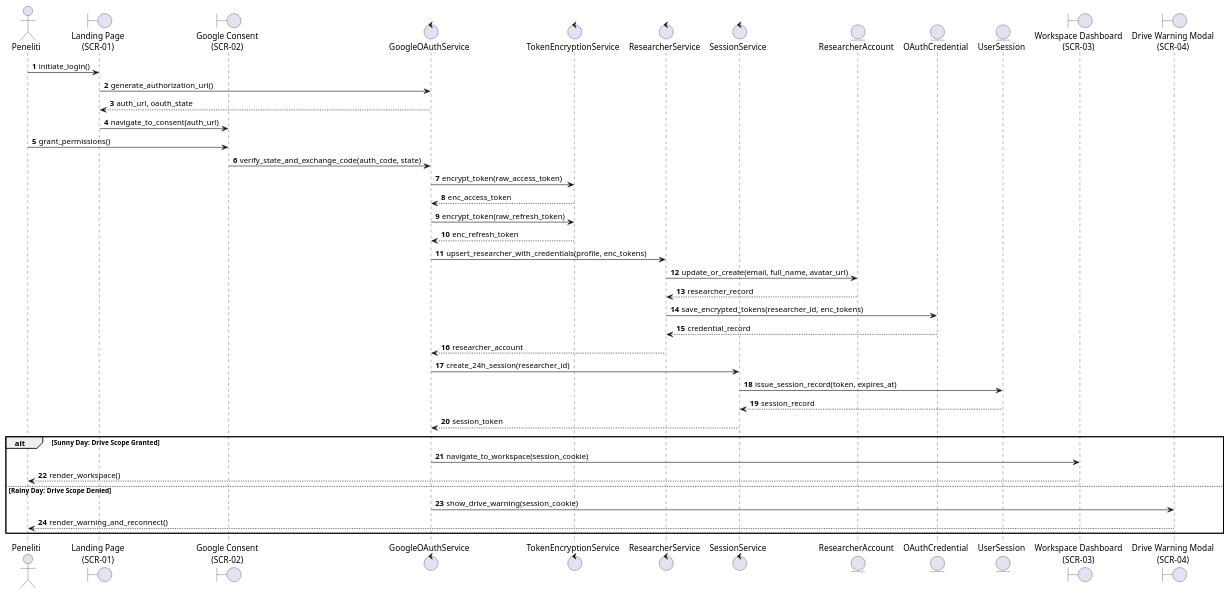
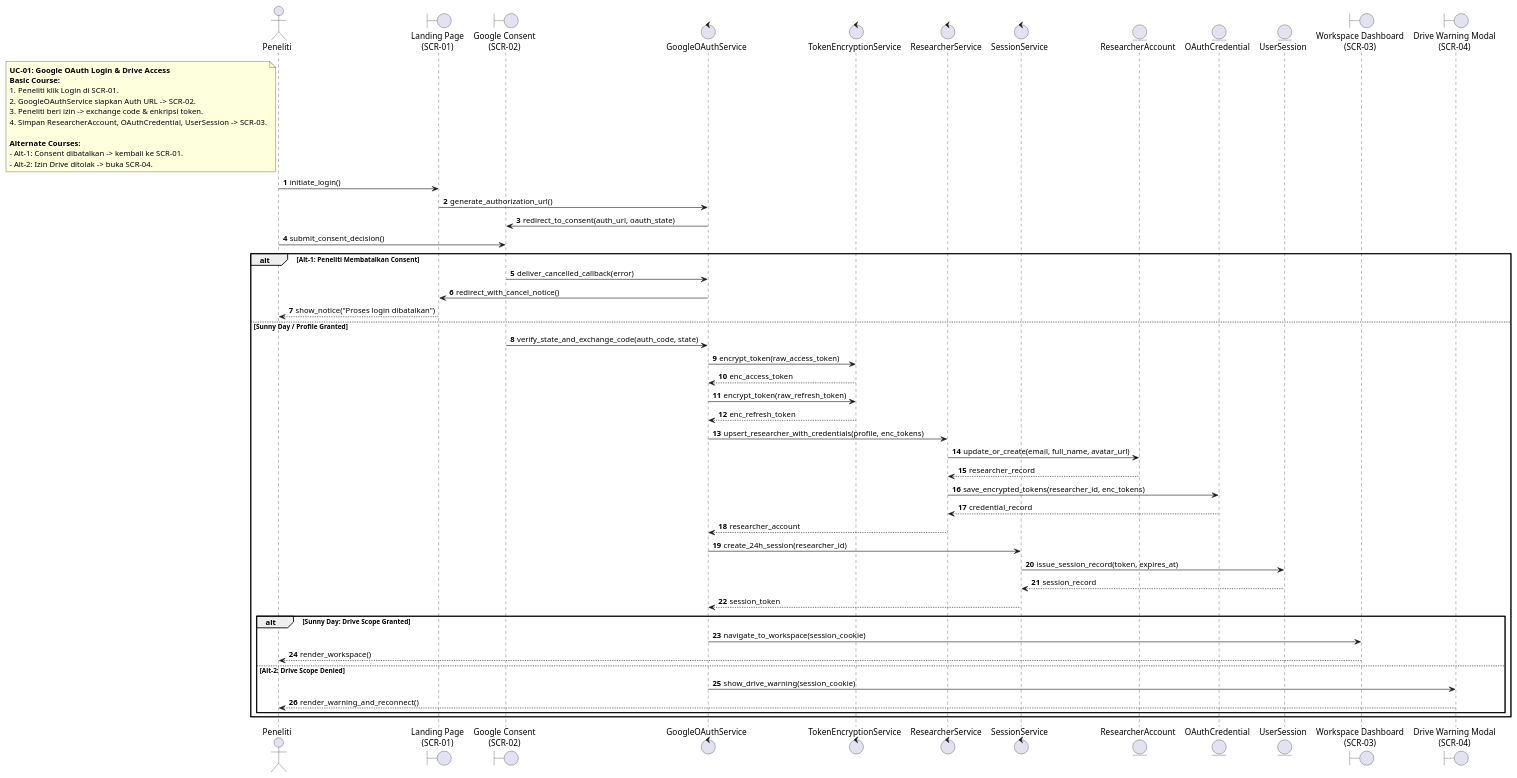
Before and after one commit to Gzaa19/Telaah: the fourth of 6 diagrams in specs/001-google-oauth-login/plan.md, drawn with PlantUML. The commit also changed other lines of this file and 11 other files, not shown here.

Commit message:
docs(iconix): align constitution, preset templates, and specs 001-004 diagrams

````diff
--- a/specs/001-google-oauth-login/plan.md
+++ b/specs/001-google-oauth-login/plan.md
@@ -314,52 +229,73 @@
 ```plantuml
 @startuml
+autoactivate off
 autonumber
+skinparam shadowing false
 skinparam responseMessageBelowArrow true
 
 actor "Peneliti" as Peneliti
 boundary "Landing Page\n(SCR-01)" as LandingUI
 boundary "Google Consent\n(SCR-02)" as GoogleConsent
 control "GoogleOAuthService" as OAuthSvc
 control "TokenEncryptionService" as CryptoSvc
 control "ResearcherService" as ResSvc
 control "SessionService" as SessSvc
 entity "ResearcherAccount" as Researcher
 entity "OAuthCredential" as Credential
 entity "UserSession" as Session
 boundary "Workspace Dashboard\n(SCR-03)" as DashboardUI
 boundary "Drive Warning Modal\n(SCR-04)" as WarningUI
 
+note left of Peneliti
+  <b>UC-01: Google OAuth Login & Drive Access</b>
+  <b>Basic Course:</b>
+  1. Peneliti klik Login di SCR-01.
+  2. GoogleOAuthService siapkan Auth URL -> SCR-02.
+  3. Peneliti beri izin -> exchange code & enkripsi token.
+  4. Simpan ResearcherAccount, OAuthCredential, UserSession -> SCR-03.
+
+  <b>Alternate Courses:</b>
+  - Alt-1: Consent dibatalkan -> kembali ke SCR-01.
+  - Alt-2: Izin Drive ditolak -> buka SCR-04.
+end note
+
 Peneliti -> LandingUI : initiate_login()
 LandingUI -> OAuthSvc : generate_authorization_url()
-OAuthSvc --> LandingUI : auth_url, oauth_state
-LandingUI -> GoogleConsent : navigate_to_consent(auth_url)
+OAuthSvc -> GoogleConsent : redirect_to_consent(auth_url, oauth_state)
 
-Peneliti -> GoogleConsent : grant_permissions()
-GoogleConsent -> OAuthSvc : verify_state_and_exchange_code(auth_code, state)
+Peneliti -> GoogleConsent : submit_consent_decision()
 
-OAuthSvc -> CryptoSvc : encrypt_token(raw_access_token)
-CryptoSvc --> OAuthSvc : enc_access_token
-OAuthSvc -> CryptoSvc : encrypt_token(raw_refresh_token)
-CryptoSvc --> OAuthSvc : enc_refresh_token
+alt Alt-1: Peneliti Membatalkan Consent
+    GoogleConsent -> OAuthSvc : deliver_cancelled_callback(error)
+    OAuthSvc -> LandingUI : redirect_with_cancel_notice()
+    LandingUI --> Peneliti : show_notice("Proses login dibatalkan")
+else Sunny Day / Profile Granted
+    GoogleConsent -> OAuthSvc : verify_state_and_exchange_code(auth_code, state)
 
-OAuthSvc -> ResSvc : upsert_researcher_with_credentials(profile, enc_tokens)
-ResSvc -> Researcher : update_or_create(email, full_name, avatar_url)
-Researcher --> ResSvc : researcher_record
-ResSvc -> Credential : save_encrypted_tokens(researcher_id, enc_tokens)
-Credential --> ResSvc : credential_record
-ResSvc --> OAuthSvc : researcher_account
+    OAuthSvc -> CryptoSvc : encrypt_token(raw_access_token)
+    CryptoSvc --> OAuthSvc : enc_access_token
+    OAuthSvc -> CryptoSvc : encrypt_token(raw_refresh_token)
+    CryptoSvc --> OAuthSvc : enc_refresh_token
 
-OAuthSvc -> SessSvc : create_24h_session(researcher_id)
-SessSvc -> Session : issue_session_record(token, expires_at)
-Session --> SessSvc : session_record
-SessSvc --> OAuthSvc : session_token
+    OAuthSvc -> ResSvc : upsert_researcher_with_credentials(profile, enc_tokens)
+    ResSvc -> Researcher : update_or_create(email, full_name, avatar_url)
+    Researcher --> ResSvc : researcher_record
+    ResSvc -> Credential : save_encrypted_tokens(researcher_id, enc_tokens)
+    Credential --> ResSvc : credential_record
+    ResSvc --> OAuthSvc : researcher_account
 
-alt Sunny Day: Drive Scope Granted
-    OAuthSvc -> DashboardUI : navigate_to_workspace(session_cookie)
-    DashboardUI --> Peneliti : render_workspace()
-else Rainy Day: Drive Scope Denied
-    OAuthSvc -> WarningUI : show_drive_warning(session_cookie)
-    WarningUI --> Peneliti : render_warning_and_reconnect()
+    OAuthSvc -> SessSvc : create_24h_session(researcher_id)
+    SessSvc -> Session : issue_session_record(token, expires_at)
+    Session --> SessSvc : session_record
+    SessSvc --> OAuthSvc : session_token
+
+    alt Sunny Day: Drive Scope Granted
+        OAuthSvc -> DashboardUI : navigate_to_workspace(session_cookie)
+        DashboardUI --> Peneliti : render_workspace()
+    else Alt-2: Drive Scope Denied
+        OAuthSvc -> WarningUI : show_drive_warning(session_cookie)
+        WarningUI --> Peneliti : render_warning_and_reconnect()
+    end
 end
 @enduml
 ```
````
